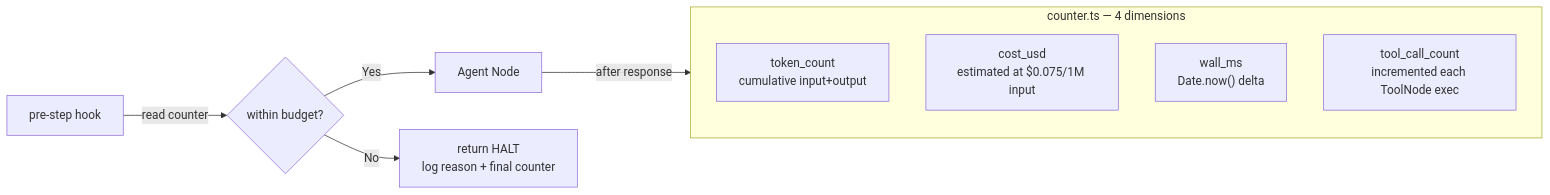
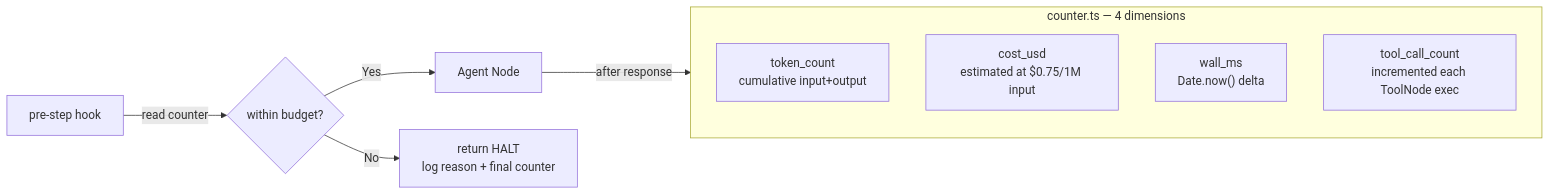
Before and after one commit to nhatduong-agilityio/deep-agents: the fourth of 5 diagrams in docs/diagrams/02-agent-graph.md, drawn with Mermaid. The commit also changed other lines of this file and 21 other files, not shown here.

Commit message:
docs: update READMEs and diagrams for OpenAI migration and T-DA-04 results

````diff
--- a/docs/diagrams/02-agent-graph.md
+++ b/docs/diagrams/02-agent-graph.md
@@ -67,14 +67,14 @@
 ```mermaid
 flowchart LR
     subgraph Counter["counter.ts — 4 dimensions"]
         TC["token_count\ncumulative input+output"]
-        CO["cost_usd\nestimated at $0.075/1M input"]
+        CO["cost_usd\nestimated at $0.75/1M input"]
         TM["wall_ms\nDate.now() delta"]
         CC["tool_call_count\nincremented each ToolNode exec"]
     end
 
     PreStep["pre-step hook"] -->|"read counter"| Guard{within budget?}
     Guard -->|Yes| AgentNode["Agent Node"]
     Guard -->|No| Halt["return HALT\nlog reason + final counter"]
     AgentNode -->|"after response"| Counter
 ```
````
